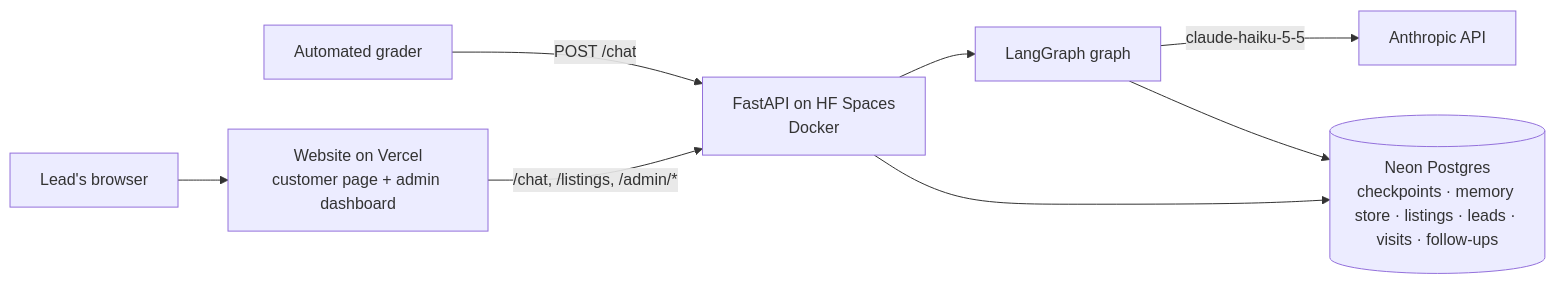
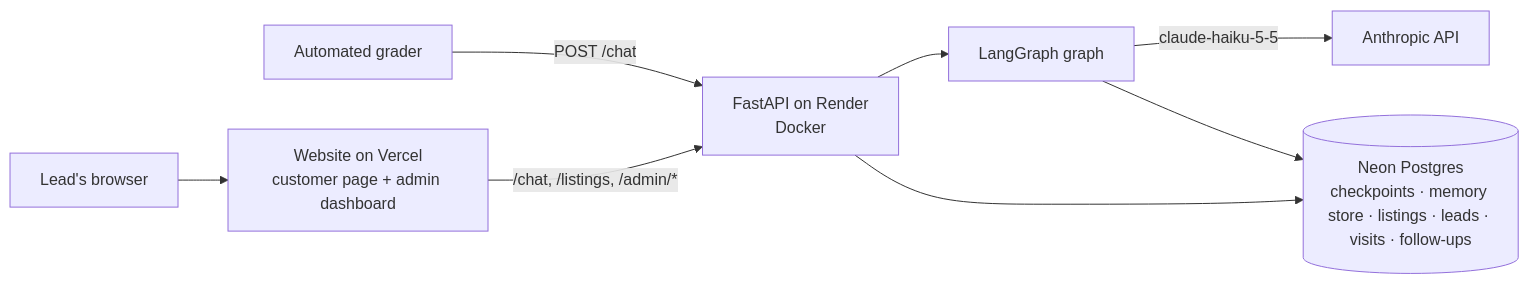
The first of 2 diagrams in README.md (Hadeeed147/propcloser), drawn with Mermaid before and after one commit. The commit also changed other lines of this file, not shown here.

````diff
--- a/README.md
+++ b/README.md
@@ -31,10 +31,10 @@
 ```mermaid
 flowchart LR
     Lead[Lead's browser] --> Web[Website on Vercel<br/>customer page + admin dashboard]
     Grader[Automated grader] -->|POST /chat| API
-    Web -->|/chat, /listings, /admin/*| API[FastAPI on HF Spaces<br/>Docker]
+    Web -->|/chat, /listings, /admin/*| API[FastAPI on Render<br/>Docker]
     API --> Graph[LangGraph graph]
     Graph -->|claude-haiku-5-5| Claude[Anthropic API]
     Graph --> DB[(Neon Postgres<br/>checkpoints · memory store · listings · leads · visits · follow-ups)]
     API --> DB
 ```
````
